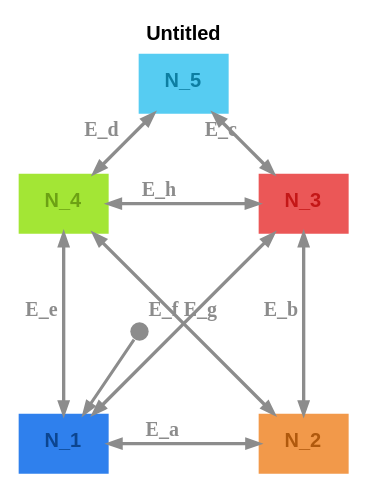
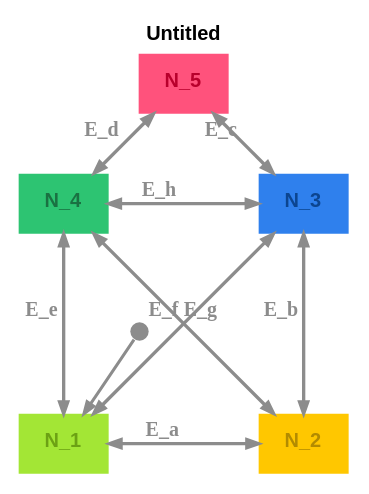
The diagram in graphs/house-of-santa-claus.dot (m-bock/purescript-transit), drawn with Graphviz before and after one commit. The commit also changed 17 other files, not shown here.

```diff
--- a/graphs/house-of-santa-claus.dot
+++ b/graphs/house-of-santa-claus.dot
@@ -1,20 +1,20 @@
 digraph 
 {
 rankdir = "TD";fontname = "Arial";label = <<b>Untitled</b>>;labelloc = "t";fontsize = 12;bgcolor = "#ffffff"
 layout=neato
-N_1 [pos="0,0!",shape = "box", label = <<b>N_1</b>>, fontsize = 12, style = "filled", fillcolor = "#2f80ed", fontcolor = "#0c4590", fontname = "Arial", labelloc = "c", penwidth = 0.0]
+N_1 [pos="0,0!",shape = "box", label = <<b>N_1</b>>, fontsize = 12, style = "filled", fillcolor = "#a3e635", fontcolor = "#6ca114", fontname = "Arial", labelloc = "c", penwidth = 0.0]
 __Start__ [shape = "circle", label = "", width = 0.15, height = 0.15, fixedsize = true, style = "filled", fillcolor = "#8c8c8c", penwidth = 0.0]
 __Start__ -> N_1 [color = "#8c8c8c", fontsize = 12, arrowsize = "0.7", penwidth = 1.8]
-N_2 [pos="2,0!",shape = "box", label = <<b>N_2</b>>, fontsize = 12, style = "filled", fillcolor = "#f2994a", fontcolor = "#b0590d", fontname = "Arial", labelloc = "c", penwidth = 0.0]
+N_2 [pos="2,0!",shape = "box", label = <<b>N_2</b>>, fontsize = 12, style = "filled", fillcolor = "#ffc700", fontcolor = "#b38b00", fontname = "Arial", labelloc = "c", penwidth = 0.0]
 N_2 -> N_1 [color = "#8c8c8c", fontcolor = "#8c8c8c", fontsize = 12, label = <<b>E_a</b>>, arrowsize = "1.5", penwidth = 2.0, dir = "both", arrowsize = "0.7"]
-N_3 [pos="2,2!",shape = "box", label = <<b>N_3</b>>, fontsize = 12, style = "filled", fillcolor = "#eb5757", fontcolor = "#c41717", fontname = "Arial", labelloc = "c", penwidth = 0.0]
+N_3 [pos="2,2!",shape = "box", label = <<b>N_3</b>>, fontsize = 12, style = "filled", fillcolor = "#2f80ed", fontcolor = "#0c4590", fontname = "Arial", labelloc = "c", penwidth = 0.0]
 N_3 -> N_2 [color = "#8c8c8c", fontcolor = "#8c8c8c", fontsize = 12, label = <<b>E_b</b>>, arrowsize = "1.5", penwidth = 2.0, dir = "both", arrowsize = "0.7"]
 N_3 -> N_1 [color = "#8c8c8c", fontcolor = "#8c8c8c", fontsize = 12, label = <<b>E_f</b>>, arrowsize = "1.5", penwidth = 2.0, dir = "both", arrowsize = "0.7"]
-N_5 [pos="1,3!",shape = "box", label = <<b>N_5</b>>, fontsize = 12, style = "filled", fillcolor = "#56ccf2", fontcolor = "#0d7ea2", fontname = "Arial", labelloc = "c", penwidth = 0.0]
+N_5 [pos="1,3!",shape = "box", label = <<b>N_5</b>>, fontsize = 12, style = "filled", fillcolor = "#ff527c", fontcolor = "#b8002c", fontname = "Arial", labelloc = "c", penwidth = 0.0]
 N_5 -> N_3 [color = "#8c8c8c", fontcolor = "#8c8c8c", fontsize = 12, label = <<b>E_c</b>>, arrowsize = "1.5", penwidth = 2.0, dir = "both", arrowsize = "0.7"]
 N_5 -> N_4 [color = "#8c8c8c", fontcolor = "#8c8c8c", fontsize = 12, label = <<b>E_d</b>>, arrowsize = "1.5", penwidth = 2.0, dir = "both", arrowsize = "0.7"]
-N_4 [pos="0,2!",shape = "box", label = <<b>N_4</b>>, fontsize = 12, style = "filled", fillcolor = "#a3e635", fontcolor = "#6ca114", fontname = "Arial", labelloc = "c", penwidth = 0.0]
+N_4 [pos="0,2!",shape = "box", label = <<b>N_4</b>>, fontsize = 12, style = "filled", fillcolor = "#2dc472", fontcolor = "#1a7142", fontname = "Arial", labelloc = "c", penwidth = 0.0]
 N_4 -> N_1 [color = "#8c8c8c", fontcolor = "#8c8c8c", fontsize = 12, label = <<b>E_e</b>>, arrowsize = "1.5", penwidth = 2.0, dir = "both", arrowsize = "0.7"]
 N_4 -> N_2 [color = "#8c8c8c", fontcolor = "#8c8c8c", fontsize = 12, label = <<b>E_g</b>>, arrowsize = "1.5", penwidth = 2.0, dir = "both", arrowsize = "0.7"]
 N_4 -> N_3 [color = "#8c8c8c", fontcolor = "#8c8c8c", fontsize = 12, label = <<b>E_h</b>>, arrowsize = "1.5", penwidth = 2.0, dir = "both", arrowsize = "0.7"]
 }
```
